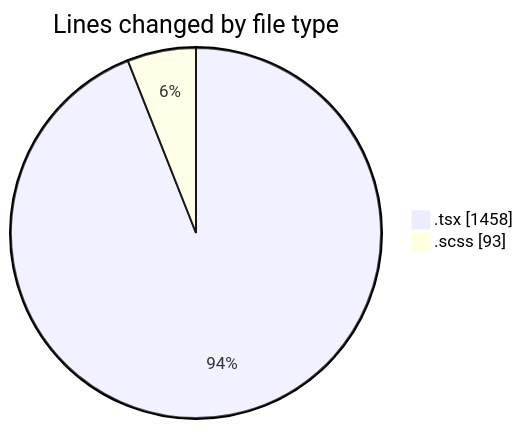
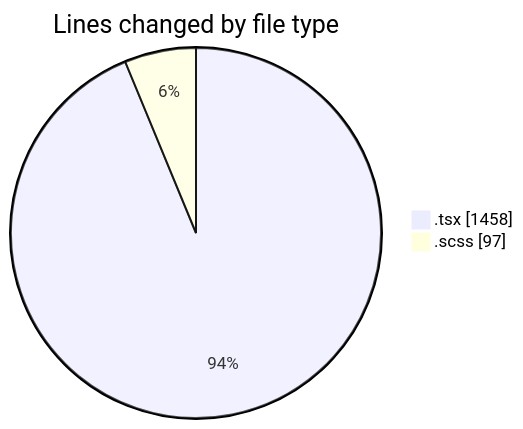
One commit to momahboobian/code-tracking changed the first of 2 diagrams in 2025-04-07/cda/README.md. Above: the diagram before and after it, drawn with Mermaid. The commit also changed other lines of this file and 1 other file, not shown here.

````diff
--- a/2025-04-07/cda/README.md
+++ b/2025-04-07/cda/README.md
@@ -24,6 +24,6 @@
 ```mermaid
 pie showData
 title Lines changed by file type
 ".tsx" : 1458
-".scss" : 93
+".scss" : 97
 ```
````
